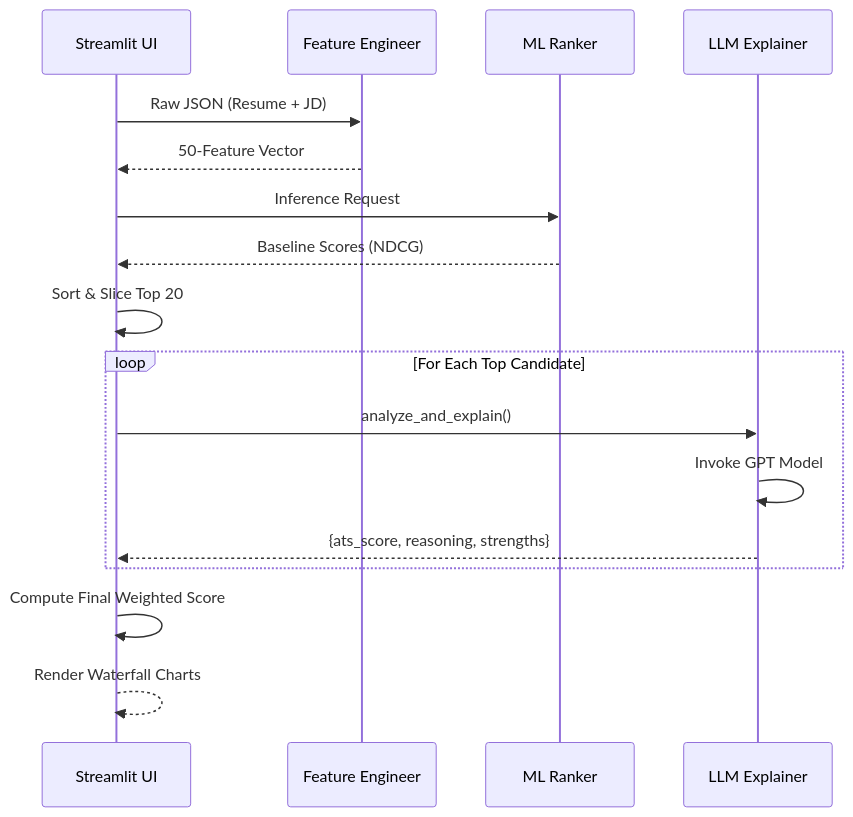
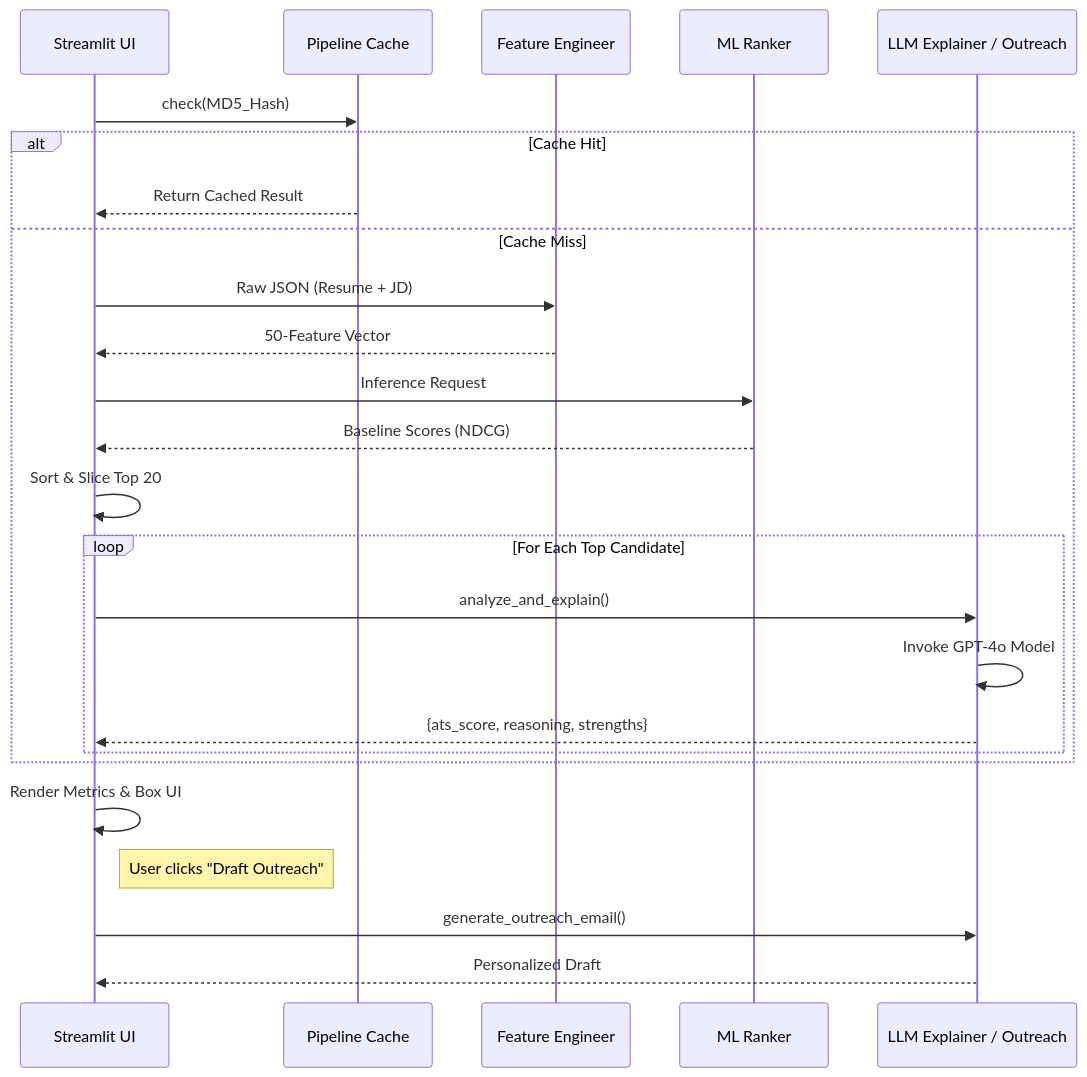
The fourth of 5 diagrams in README.md (anshul4510/RecruitIQ), drawn with Mermaid before and after one commit. The commit also changed other lines of this file and 3 other files, not shown here.

````diff
--- a/README.md
+++ b/README.md
@@ -116,22 +135,30 @@
 ```mermaid
 sequenceDiagram
     participant UI as Streamlit UI
+    participant Cache as Pipeline Cache
     participant FE as Feature Engineer
     participant ML as ML Ranker
-    participant AI as LLM Explainer
+    participant AI as LLM Explainer / Outreach
 
-    UI->>FE: Raw JSON (Resume + JD)
-    FE-->>UI: 50-Feature Vector
-    UI->>ML: Inference Request
-    ML-->>UI: Baseline Scores (NDCG)
-    UI->>UI: Sort & Slice Top 20
-    
-    loop For Each Top Candidate
-        UI->>AI: analyze_and_explain()
-        AI->>AI: Invoke GPT Model
-        AI-->>UI: {ats_score, reasoning, strengths}
+    UI->>Cache: check(MD5_Hash)
+    alt Cache Hit
+        Cache-->>UI: Return Cached Result
+    else Cache Miss
+        UI->>FE: Raw JSON (Resume + JD)
+        FE-->>UI: 50-Feature Vector
+        UI->>ML: Inference Request
+        ML-->>UI: Baseline Scores (NDCG)
+        UI->>UI: Sort & Slice Top 20
+        
+        loop For Each Top Candidate
+            UI->>AI: analyze_and_explain()
+            AI->>AI: Invoke GPT-4o Model
+            AI-->>UI: {ats_score, reasoning, strengths}
+        end
     end
     
-    UI->>UI: Compute Final Weighted Score
-    UI-->>UI: Render Waterfall Charts
+    UI->>UI: Render Metrics & Box UI
+    Note right of UI: User clicks "Draft Outreach"
+    UI->>AI: generate_outreach_email()
+    AI-->>UI: Personalized Draft
 ```
````
